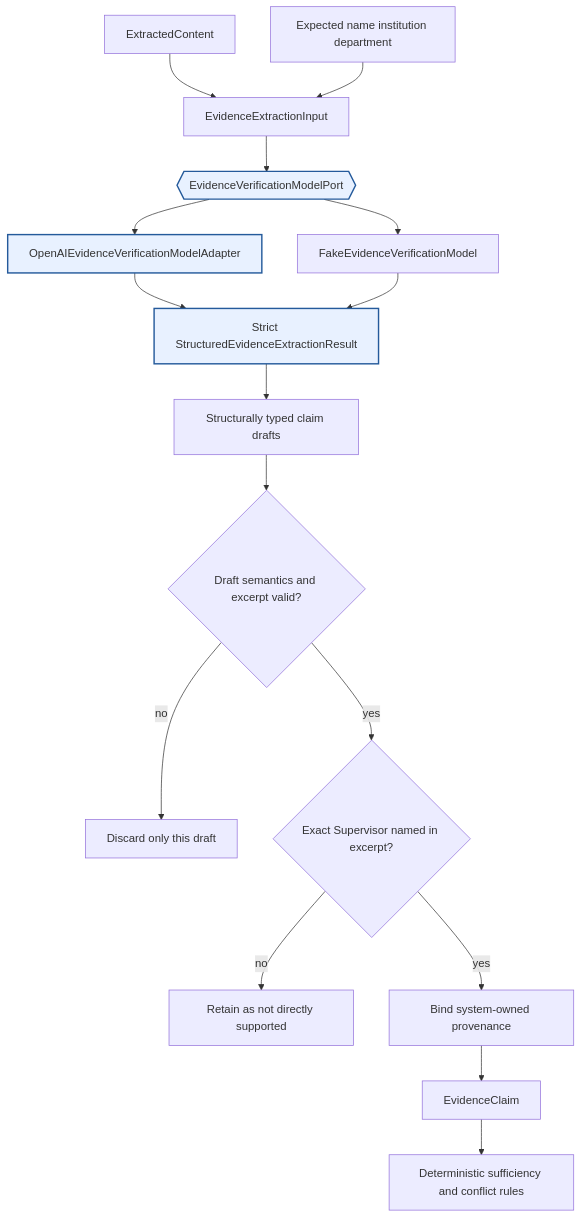
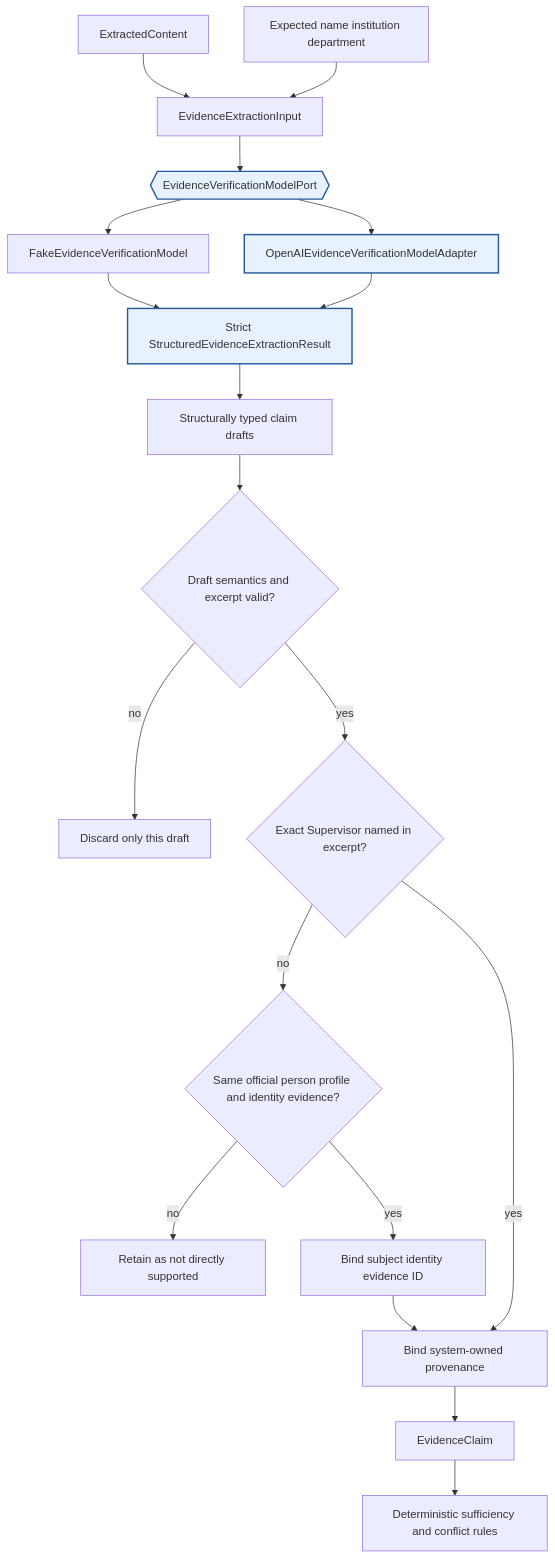
One commit to shanly-rajan/ai-builder changed diagram 14 of 24 in projects/scholar-path/docs/architecture.md. Above: the diagram before and after it, drawn with Mermaid. The commit also changed other lines of this file and 38 other files, not shown here.

Commit message:
fix: bind official profile evidence safely

````diff
--- a/projects/scholar-path/docs/architecture.md
+++ b/projects/scholar-path/docs/architecture.md
@@ -570,21 +570,24 @@
 ```mermaid
 flowchart TD
     Page[ExtractedContent] --> Input[EvidenceExtractionInput]
     Hints[Expected name institution department] --> Input
     Input --> Port{{EvidenceVerificationModelPort}}
     Port --> Fake[FakeEvidenceVerificationModel]
     Port --> OpenAI[OpenAIEvidenceVerificationModelAdapter]
     OpenAI --> Schema[Strict StructuredEvidenceExtractionResult]
     Fake --> Schema
     Schema --> Drafts[Structurally typed claim drafts]
     Drafts --> Ground{Draft semantics and excerpt valid?}
     Ground -->|no| Invalid[Discard only this draft]
     Ground -->|yes| Subject{Exact Supervisor named in excerpt?}
-    Subject -->|no| Indirect[Retain as not directly supported]
+    Subject -->|no| Profile{Same official person profile and identity evidence?}
+    Profile -->|no| Indirect[Retain as not directly supported]
+    Profile -->|yes| Context[Bind subject identity evidence ID]
     Subject -->|yes| Bind[Bind system-owned provenance]
+    Context --> Bind
     Bind --> Claim[EvidenceClaim]
     Claim --> Rules[Deterministic sufficiency and conflict rules]
 
     classDef boundary fill:#e8f1ff,stroke:#245a9b,stroke-width:2px;
     class Port,OpenAI,Schema boundary;
 ```
````
